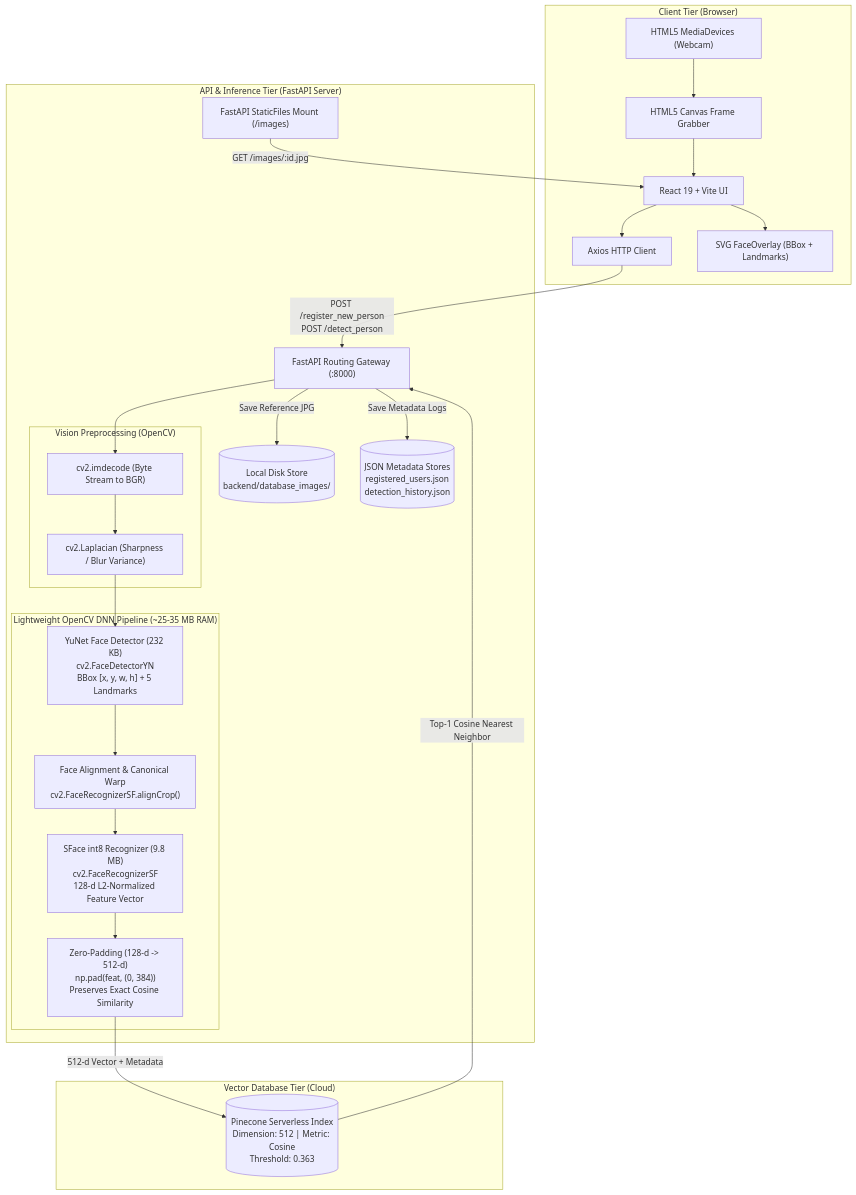
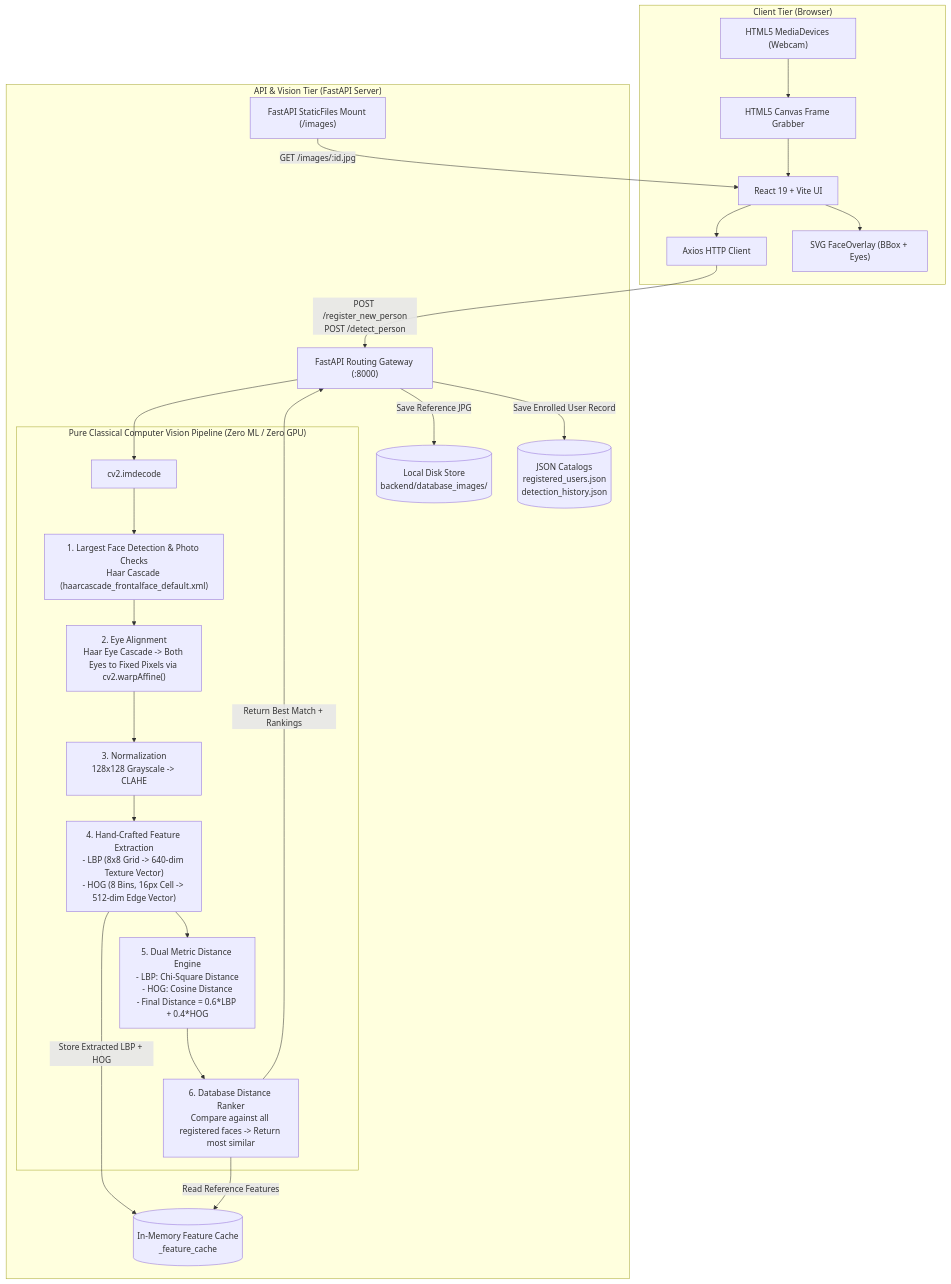
Before and after one commit to Mit-007/face_recognition_POC: the diagram in architecture.md, drawn with Mermaid. The commit also changed other lines of this file and 31 other files, not shown here.

Commit message:
Non Ml approach,using haar+(LBP+HOG) dis

````diff
--- a/architecture.md
+++ b/architecture.md
@@ -11,49 +11,46 @@
 ```mermaid
 flowchart TD
     subgraph Client["Client Tier (Browser)"]
         UI["React 19 + Vite UI"]
         Cam["HTML5 MediaDevices (Webcam)"]
         Canvas["HTML5 Canvas Frame Grabber"]
         Axios["Axios HTTP Client"]
-        Overlay["SVG FaceOverlay (BBox + Landmarks)"]
+        Overlay["SVG FaceOverlay (BBox + Eyes)"]
         
         Cam --> Canvas --> UI
         UI --> Overlay
         UI --> Axios
     end
 
-    subgraph Backend["API & Inference Tier (FastAPI Server)"]
+    subgraph Backend["API & Vision Tier (FastAPI Server)"]
         API["FastAPI Routing Gateway (:8000)"]
         Static["FastAPI StaticFiles Mount (/images)"]
         
-        subgraph CV_Gate["Vision Preprocessing (OpenCV)"]
-            Decode["cv2.imdecode (Byte Stream to BGR)"]
-            Blur["cv2.Laplacian (Sharpness / Blur Variance)"]
-        end
-        
-        subgraph OpenCV_DNN["Lightweight OpenCV DNN Pipeline (~25-35 MB RAM)"]
-            YuNet["YuNet Face Detector (232 KB)\ncv2.FaceDetectorYN\nBBox [x, y, w, h] + 5 Landmarks"]
-            AlignCrop["Face Alignment & Canonical Warp\ncv2.FaceRecognizerSF.alignCrop()"]
-            SFace["SFace int8 Recognizer (9.8 MB)\ncv2.FaceRecognizerSF\n128-d L2-Normalized Feature Vector"]
-            Pad512["Zero-Padding (128-d -> 512-d)\nnp.pad(feat, (0, 384))\nPreserves Exact Cosine Similarity"]
+        subgraph Classical_CV["Pure Classical Computer Vision Pipeline (Zero ML / Zero GPU)"]
+            Decode["cv2.imdecode"]
+            HaarDetect["1. Largest Face Detection & Photo Checks\nHaar Cascade (haarcascade_frontalface_default.xml)"]
+            EyeAlign["2. Eye Alignment\nHaar Eye Cascade -> Both Eyes to Fixed Pixels via cv2.warpAffine()"]
+            Normalize["3. Normalization\n128x128 Grayscale -> CLAHE"]
+            FeatExtract["4. Hand-Crafted Feature Extraction\n- LBP (8x8 Grid -> 640-dim Texture Vector)\n- HOG (8 Bins, 16px Cell -> 512-dim Edge Vector)"]
+            Distance["5. Dual Metric Distance Engine\n- LBP: Chi-Square Distance\n- HOG: Cosine Distance\n- Final Distance = 0.6*LBP + 0.4*HOG"]
+            Ranker["6. Database Distance Ranker\nCompare against all registered faces -> Return most similar"]
         end
         
         DiskStore[("Local Disk Store\nbackend/database_images/")]
-        JSONStore[("JSON Metadata Stores\nregistered_users.json\ndetection_history.json")]
-    end
-
-    subgraph Cloud_DB["Vector Database Tier (Cloud)"]
-        Pinecone[("Pinecone Serverless Index\nDimension: 512 | Metric: Cosine\nThreshold: 0.363")]
+        JSONStore[("JSON Catalogs\nregistered_users.json\ndetection_history.json")]
+        MemCache[("In-Memory Feature Cache\n_feature_cache")]
     end
 
     Axios -->|POST /register_new_person\nPOST /detect_person| API
     Static -->|GET /images/:id.jpg| UI
     
-    API --> Decode --> Blur
-    Blur --> YuNet --> AlignCrop --> SFace --> Pad512
+    API --> Decode --> HaarDetect --> EyeAlign --> Normalize --> FeatExtract
     
     API -->|Save Reference JPG| DiskStore
-    API -->|Save Metadata Logs| JSONStore
-    Pad512 -->|512-d Vector + Metadata| Pinecone
-    Pinecone -->|Top-1 Cosine Nearest Neighbor| API
+    API -->|Save Enrolled User Record| JSONStore
+    FeatExtract -->|Store Extracted LBP + HOG| MemCache
+    
+    FeatExtract --> Distance --> Ranker
+    Ranker -->|Read Reference Features| MemCache
+    Ranker -->|Return Best Match + Rankings| API
 ```
````
